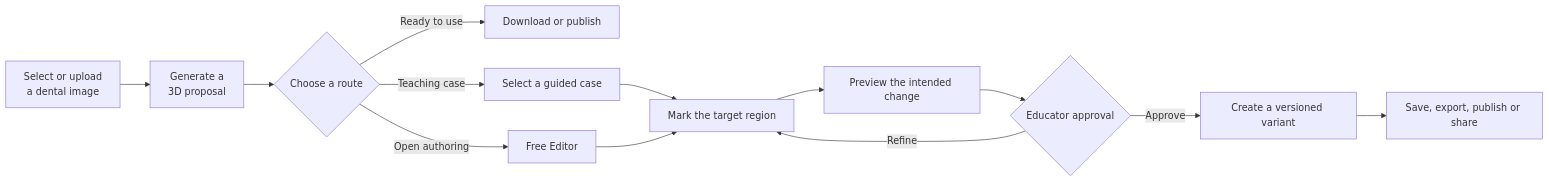
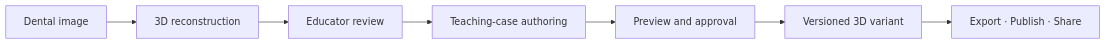
One commit to joboyebisi/dentalsculptor changed the first of 2 diagrams in README.md. Above: the diagram before and after it, drawn with Mermaid. The commit also changed other lines of this file, not shown here.

Commit message:
Reframe README around educator-led 3D authoring

````diff
--- a/README.md
+++ b/README.md
@@ -41,15 +27,9 @@
 ```mermaid
 flowchart LR
-    A[Select or upload<br/>a dental image] --> B[Generate a<br/>3D proposal]
-    B --> C{Choose a route}
-    C -->|Ready to use| D[Download or publish]
-    C -->|Teaching case| E[Select a guided case]
-    C -->|Open authoring| F[Free Editor]
-    E --> G[Mark the target region]
-    F --> G
-    G --> H[Preview the intended change]
-    H --> I{Educator approval}
-    I -->|Refine| G
-    I -->|Approve| J[Create a versioned variant]
-    J --> K[Save, export, publish or share]
+    A[Dental image] --> B[3D reconstruction]
+    B --> C[Educator review]
+    C --> D[Teaching-case authoring]
+    D --> E[Preview and approval]
+    E --> F[Versioned 3D variant]
+    F --> G[Export · Publish · Share]
 ```
````
